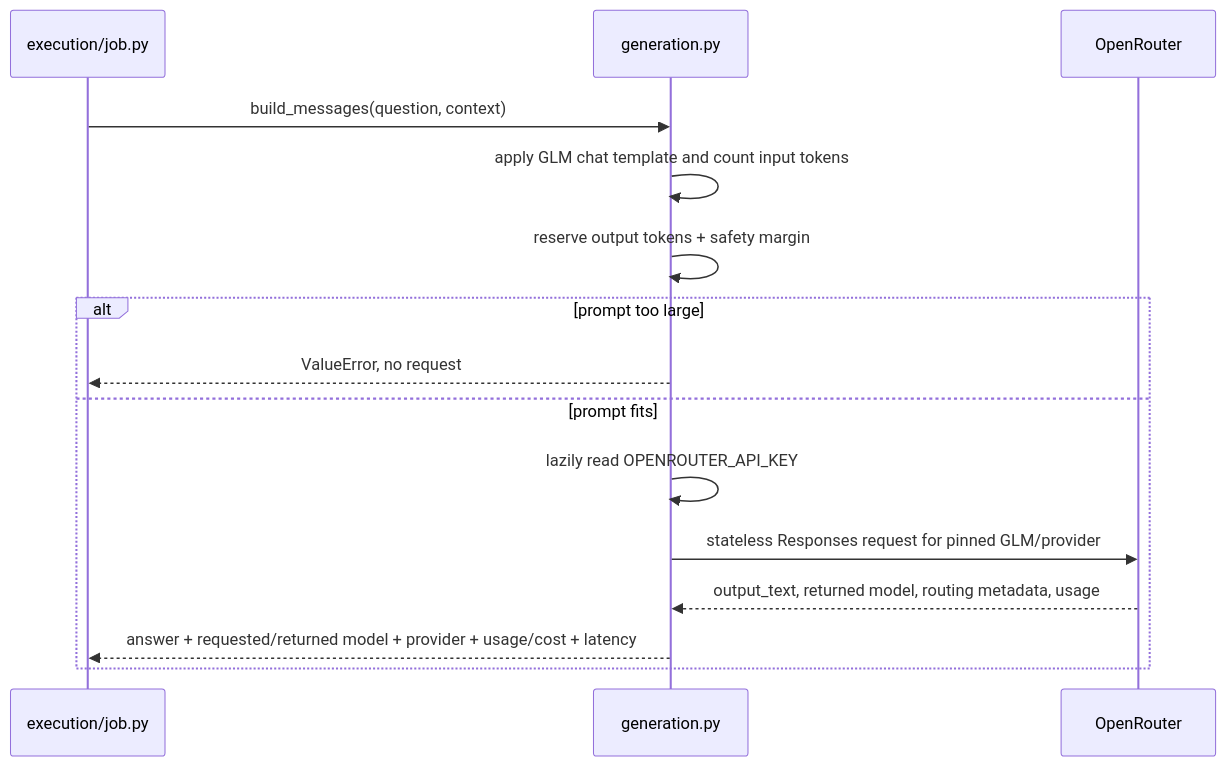
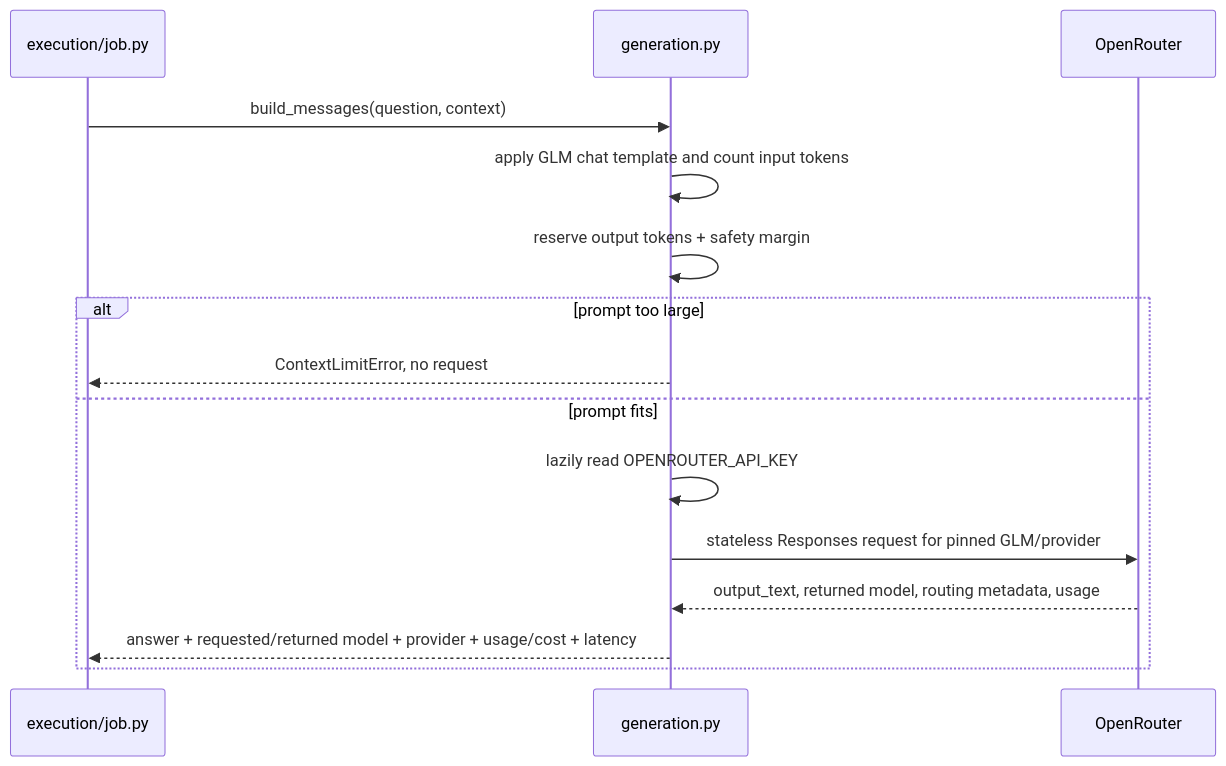
Before and after one commit to 14zhasim/Agentic_RAG: the fifth of 10 diagrams in docs sys design/benchmark/FinanceBench Implementation Guide.md, drawn with Mermaid. The commit also changed other lines of this file and 7 other files, not shown here.

````diff
--- a/docs sys design/benchmark/FinanceBench Implementation Guide.md
+++ b/docs sys design/benchmark/FinanceBench Implementation Guide.md
@@ -631,17 +705,17 @@
 ```mermaid
 sequenceDiagram
     participant R as execution/job.py
     participant G as generation.py
     participant O as OpenRouter
     R->>G: build_messages(question, context)
     G->>G: apply GLM chat template and count input tokens
     G->>G: reserve output tokens + safety margin
     alt prompt too large
-        G-->>R: ValueError, no request
+        G-->>R: ContextLimitError, no request
     else prompt fits
         G->>G: lazily read OPENROUTER_API_KEY
         G->>O: stateless Responses request for pinned GLM/provider
         O-->>G: output_text, returned model, routing metadata, usage
         G-->>R: answer + requested/returned model + provider + usage/cost + latency
     end
 ```
````
